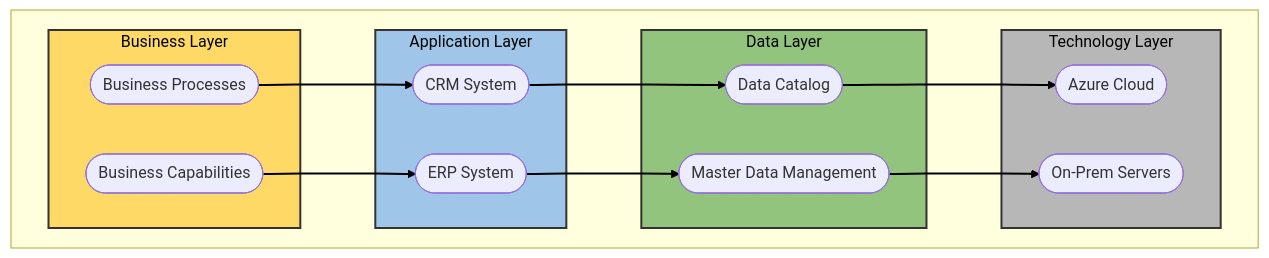
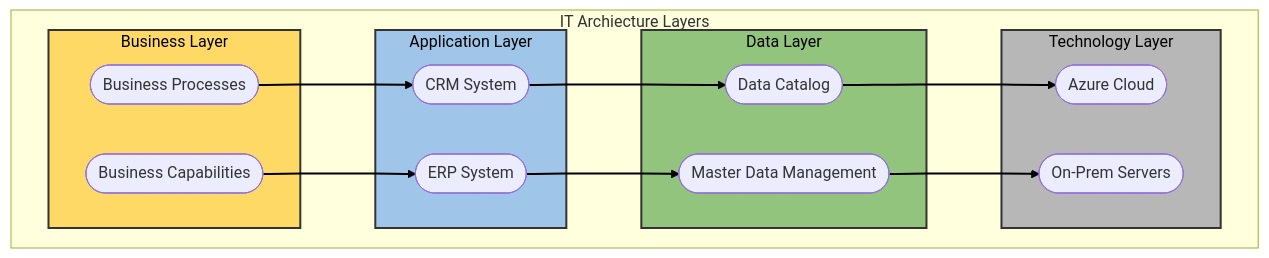
Before and after one commit to oskarsandwall/architecture: the first of 6 diagrams in README.md, drawn with Mermaid. The commit also changed other lines of this file, not shown here.

````diff
--- a/README.md
+++ b/README.md
@@ -44,42 +44,42 @@
 ``` mermaid
 flowchart TB
-    subgraph BORDER [" "]
+    subgraph BORDER ["IT Archiecture Layers"]
         %% Business Layer
         subgraph BL [Business Layer]
             style BL fill:#FFD966,stroke:#333,stroke-width:2px,color:#000;
             B1([Business Processes])
             B2([Business Capabilities])
         end
 
         %% Application Layer
         subgraph AL [Application Layer]
             style AL fill:#9FC5E8,stroke:#333,stroke-width:2px,color:#000;
             A1([CRM System])
             A2([ERP System])
         end
 
         %% Data Layer
         subgraph DL [Data Layer]
             style DL fill:#93C47D,stroke:#333,stroke-width:2px,color:#000;
             D1([Data Catalog])
             D2([Master Data Management])
         end
 
         %% Technology Layer
         subgraph TL [Technology Layer]
             style TL fill:#B7B7B7,stroke:#333,stroke-width:2px,color:#000;
             T1([Azure Cloud])
             T2([On-Prem Servers])
         end
     end
 
     %% Connections
     B1 --> A1
     B2 --> A2
     A1 --> D1
     A2 --> D2
     D1 --> T1
     D2 --> T2
 
     linkStyle default stroke-width:2px,fill:none,stroke:black;
 ```
````
